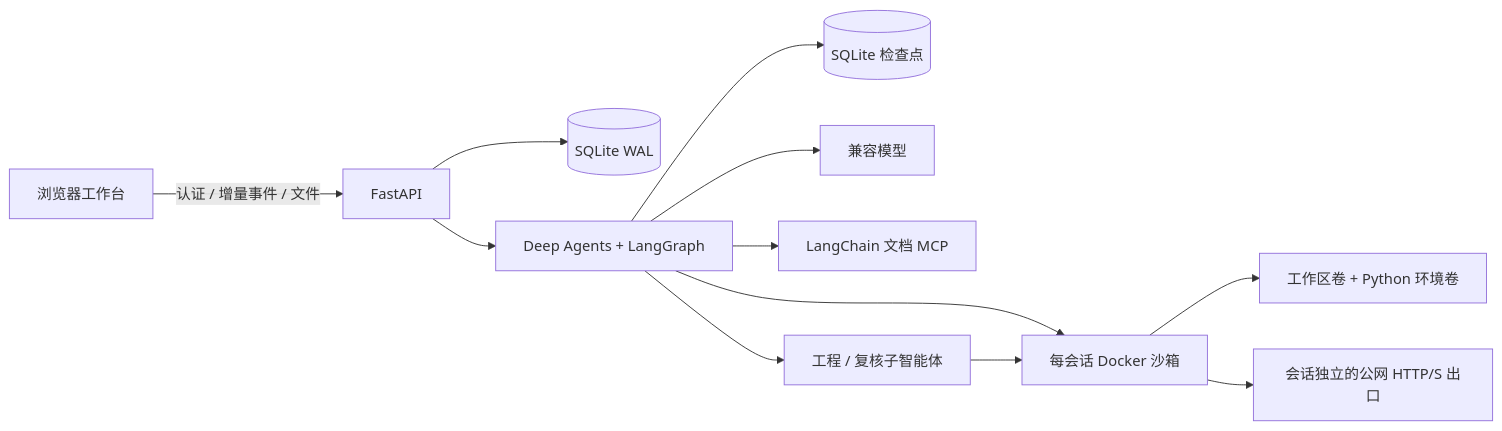
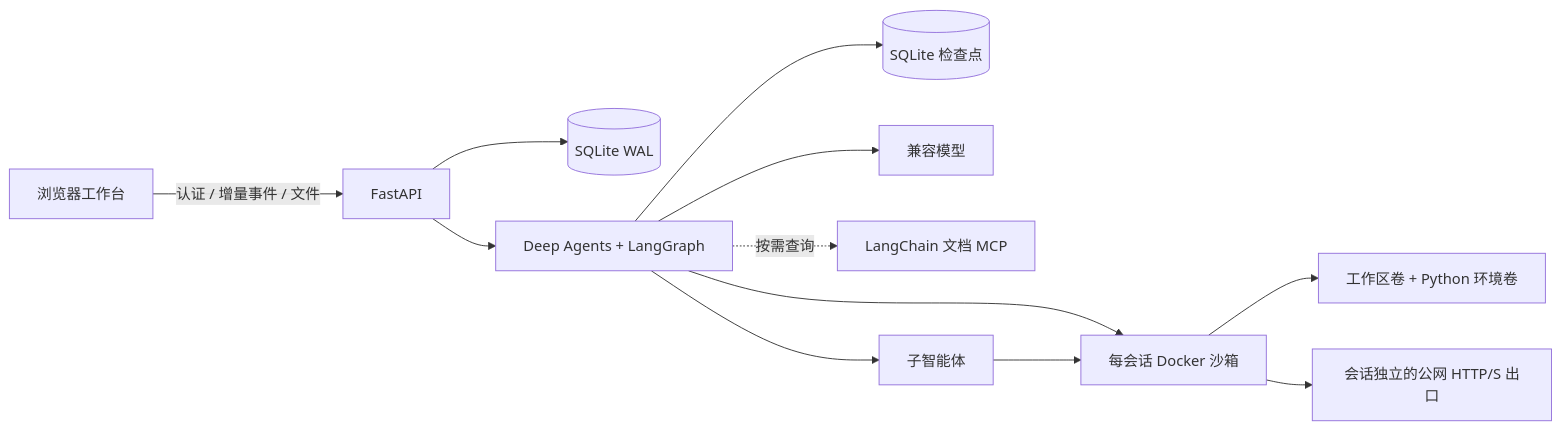
One commit to zlstart/codex_deepagents changed the diagram in README.md. Above: the diagram before and after it, drawn with Mermaid. The commit also changed other lines of this file and 66 other files, not shown here.

````diff
--- a/README.md
+++ b/README.md
@@ -42,14 +38,14 @@
 ```mermaid
 flowchart LR
     Browser[浏览器工作台] -->|认证 / 增量事件 / 文件| API[FastAPI]
     API --> DB[(SQLite WAL)]
     API --> Graph[Deep Agents + LangGraph]
     Graph --> Checkpoint[(SQLite 检查点)]
     Graph --> Model[兼容模型]
-    Graph --> Docs[LangChain 文档 MCP]
-    Graph --> Specialists[工程 / 复核子智能体]
+    Graph -. 按需查询 .-> Docs[LangChain 文档 MCP]
+    Graph --> Specialists[子智能体]
     Graph --> Box[每会话 Docker 沙箱]
     Specialists --> Box
     Box --> Vol[工作区卷 + Python 环境卷]
     Box --> Proxy[会话独立的公网 HTTP/S 出口]
 ```
````
